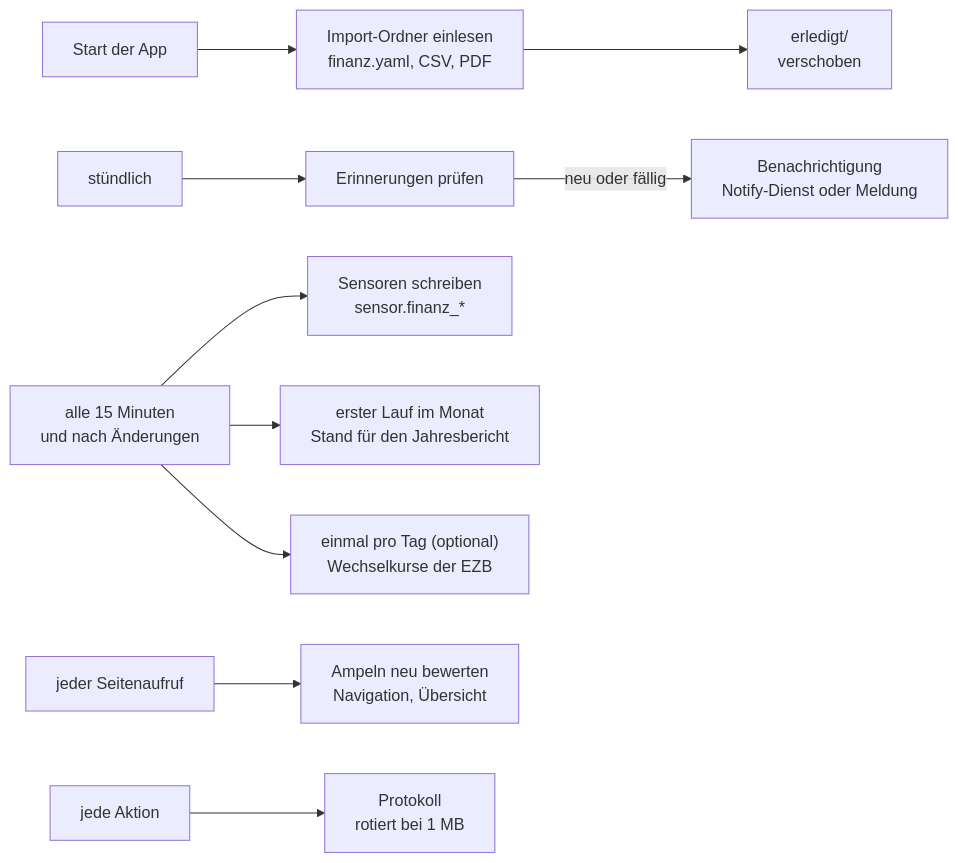
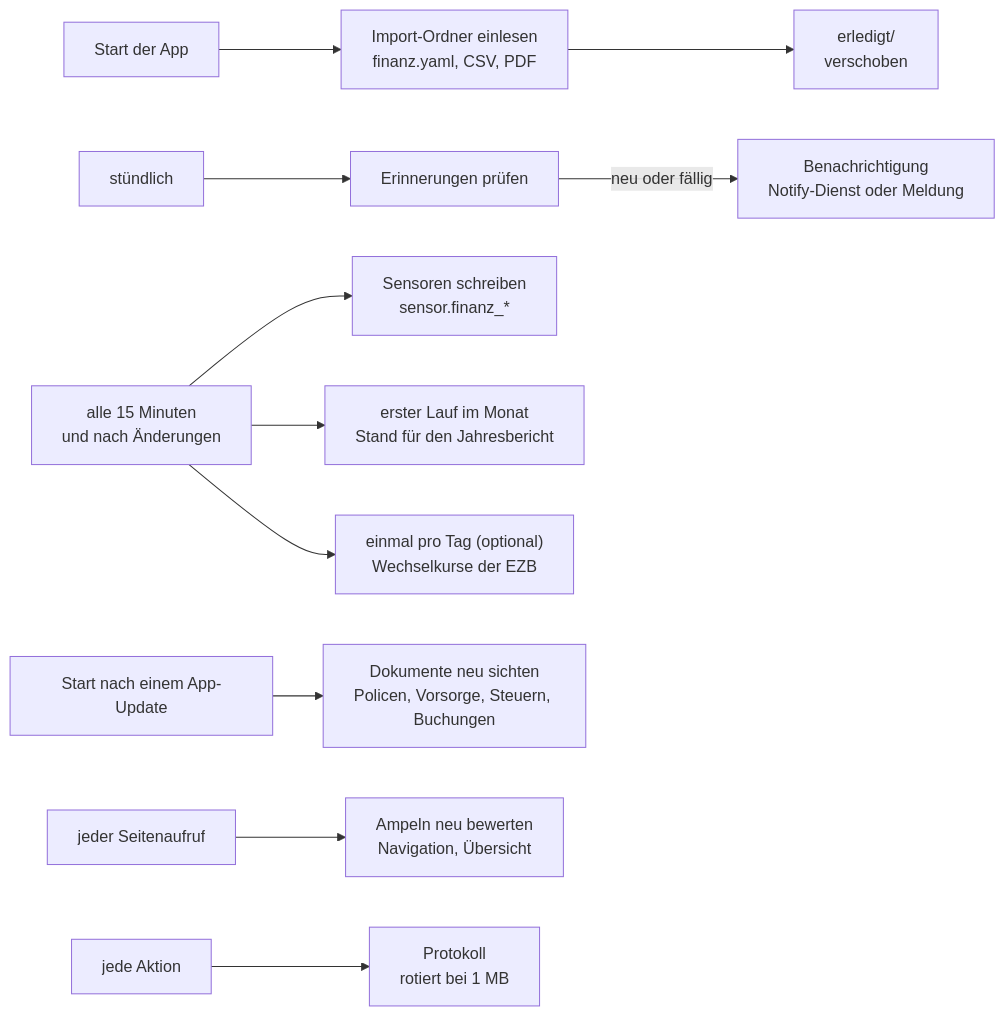
Before and after one commit to khu1985/finanz-ha: the diagram in docs/prozess-laufend.mmd, drawn with Mermaid. The commit also changed 9 other files, not shown here.

First line of the commit message:
0.18.0: Gespeicherte Dokumente nach App-Updates neu sichten

```diff
--- a/docs/prozess-laufend.mmd
+++ b/docs/prozess-laufend.mmd
@@ -1,10 +1,11 @@
 flowchart LR
     ST["Start der App"] --> IO["Import-Ordner einlesen<br/>finanz.yaml, CSV, PDF"]
     IO --> ER["erledigt/<br/>verschoben"]
     H["stündlich"] --> EI["Erinnerungen prüfen"]
     EI -- neu oder fällig --> N["Benachrichtigung<br/>Notify-Dienst oder Meldung"]
     Q["alle 15 Minuten<br/>und nach Änderungen"] --> SE["Sensoren schreiben<br/>sensor.finanz_*"]
     Q --> MS["erster Lauf im Monat<br/>Stand für den Jahresbericht"]
+    UP["Start nach einem App-Update"] --> NS["Dokumente neu sichten<br/>Policen, Vorsorge, Steuern, Buchungen"]
     Q --> KU["einmal pro Tag (optional)<br/>Wechselkurse der EZB"]
     SEITE["jeder Seitenaufruf"] --> AMP["Ampeln neu bewerten<br/>Navigation, Übersicht"]
     LOG["jede Aktion"] --> PR["Protokoll<br/>rotiert bei 1 MB"]
```
